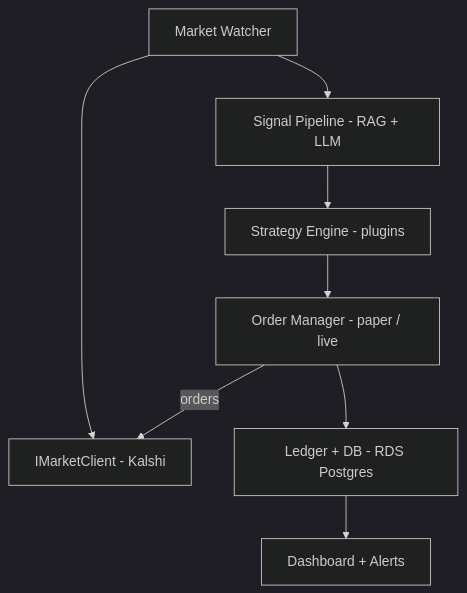
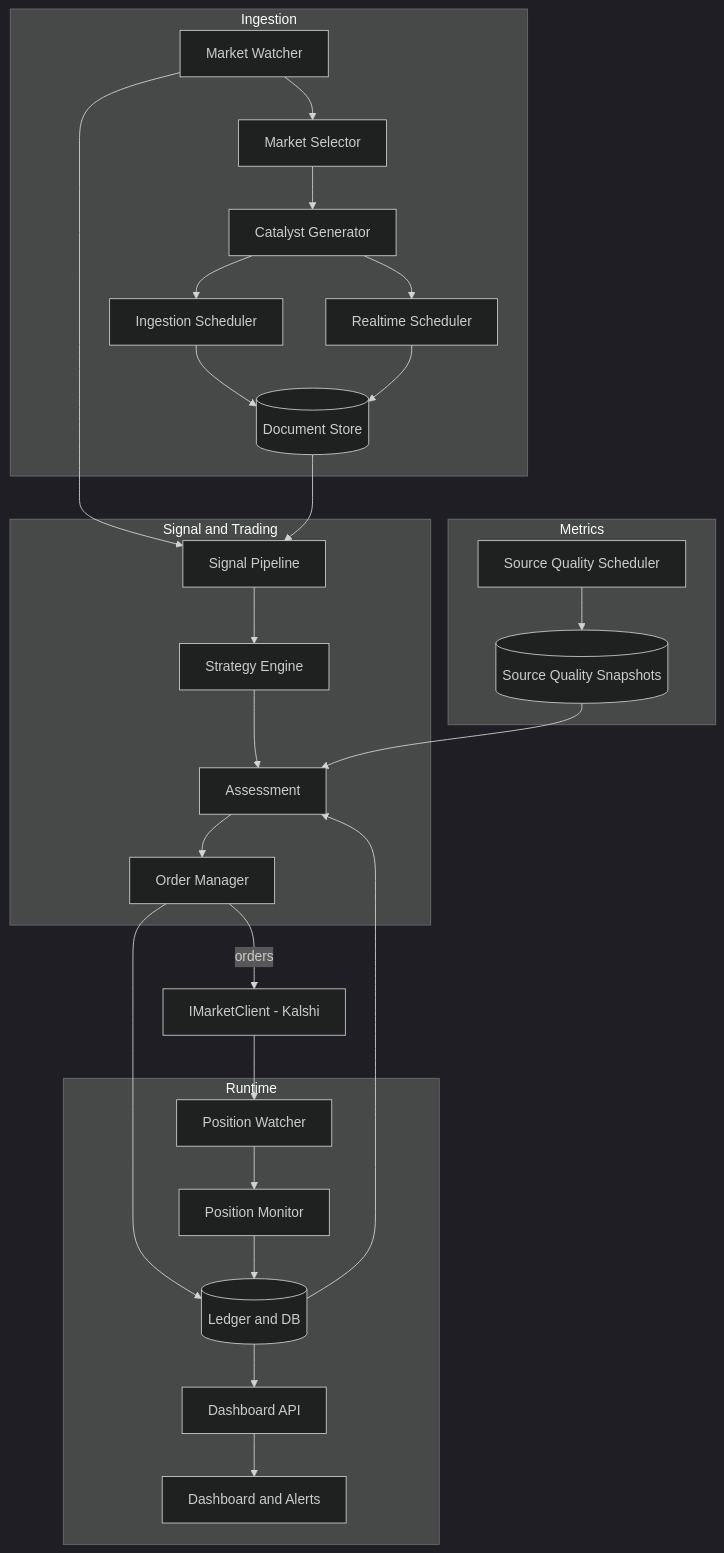
The first of 4 diagrams in SPEC.md (ostersc/freqpred), drawn with Mermaid (dark theme) before and after one commit. The commit also changed other lines of this file and 3 other files, not shown here.

Commit message:
Refresh core docs for assessment and dashboard updates

````diff
--- a/SPEC.md
+++ b/SPEC.md
@@ -88,10 +88,55 @@
 ```mermaid
 graph TD
-    MW[Market Watcher] --> SP[Signal Pipeline - RAG + LLM]
-    SP --> SE[Strategy Engine - plugins]
-    MW --> IMC[IMarketClient - Kalshi]
-    SE --> OM[Order Manager - paper / live]
+    subgraph Ingestion[Ingestion]
+        MW[Market Watcher]
+        MS[Market Selector]
+        CG[Catalyst Generator]
+        IS[Ingestion Scheduler]
+        RS[Realtime Scheduler]
+        DS[(Document Store)]
+    end
+
+    subgraph Trading[Signal and Trading]
+        SP[Signal Pipeline]
+        SE[Strategy Engine]
+        AS[Assessment]
+        OM[Order Manager]
+    end
+
+    subgraph Metrics[Metrics]
+        SQS[Source Quality Scheduler]
+        SQ[(Source Quality Snapshots)]
+    end
+
+    subgraph Runtime[Runtime]
+        PW[Position Watcher]
+        PM[Position Monitor]
+        L[(Ledger and DB)]
+        API[Dashboard API]
+        DA[Dashboard and Alerts]
+    end
+
+    IMC[IMarketClient - Kalshi]
+
+    MW --> MS
+    MS --> CG
+    CG --> IS
+    CG --> RS
+    IS --> DS
+    RS --> DS
+    MW --> SP
+    DS --> SP
+    SP --> SE
+    SE --> AS
+    SQ --> AS
+    L --> AS
+    AS --> OM
     OM -->|orders| IMC
-    OM --> L[Ledger + DB - RDS Postgres]
-    L --> DA[Dashboard + Alerts]
+    OM --> L
+    SQS --> SQ
+    IMC --> PW
+    PW --> PM
+    PM --> L
+    L --> API
+    API --> DA
 ```
````
